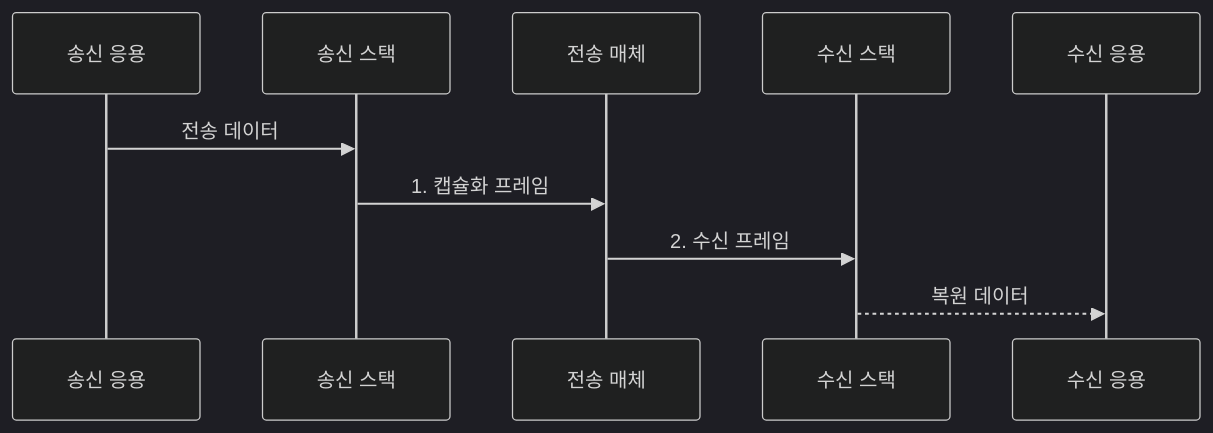
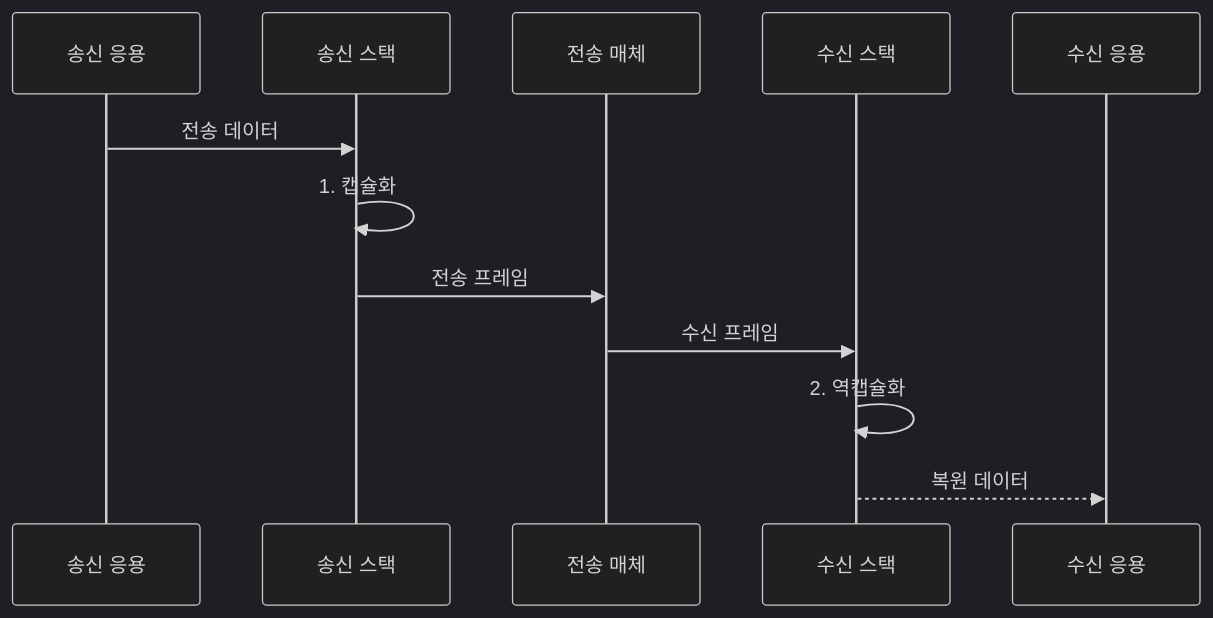
Before and after one commit to agnusdei1207/knowledge-base: the second of 2 diagrams in src/content/docs/notes/04-network/001_osi_7_layer_model.md, drawn with Mermaid (dark theme). The commit also changed other lines of this file and 18 other files, not shown here.

````diff
--- a/src/content/docs/notes/04-network/001_osi_7_layer_model.md
+++ b/src/content/docs/notes/04-network/001_osi_7_layer_model.md
@@ -85,12 +85,14 @@
 ```mermaid
 sequenceDiagram
     participant SA as 송신 응용
     participant SS as 송신 스택
     participant M as 전송 매체
     participant RS as 수신 스택
     participant RA as 수신 응용
     SA->>SS: 전송 데이터
-    SS->>M: 1. 캡슐화 프레임
-    M->>RS: 2. 수신 프레임
+    SS->>SS: 1. 캡슐화
+    SS->>M: 전송 프레임
+    M->>RS: 수신 프레임
+    RS->>RS: 2. 역캡슐화
     RS-->>RA: 복원 데이터
 ```
````
